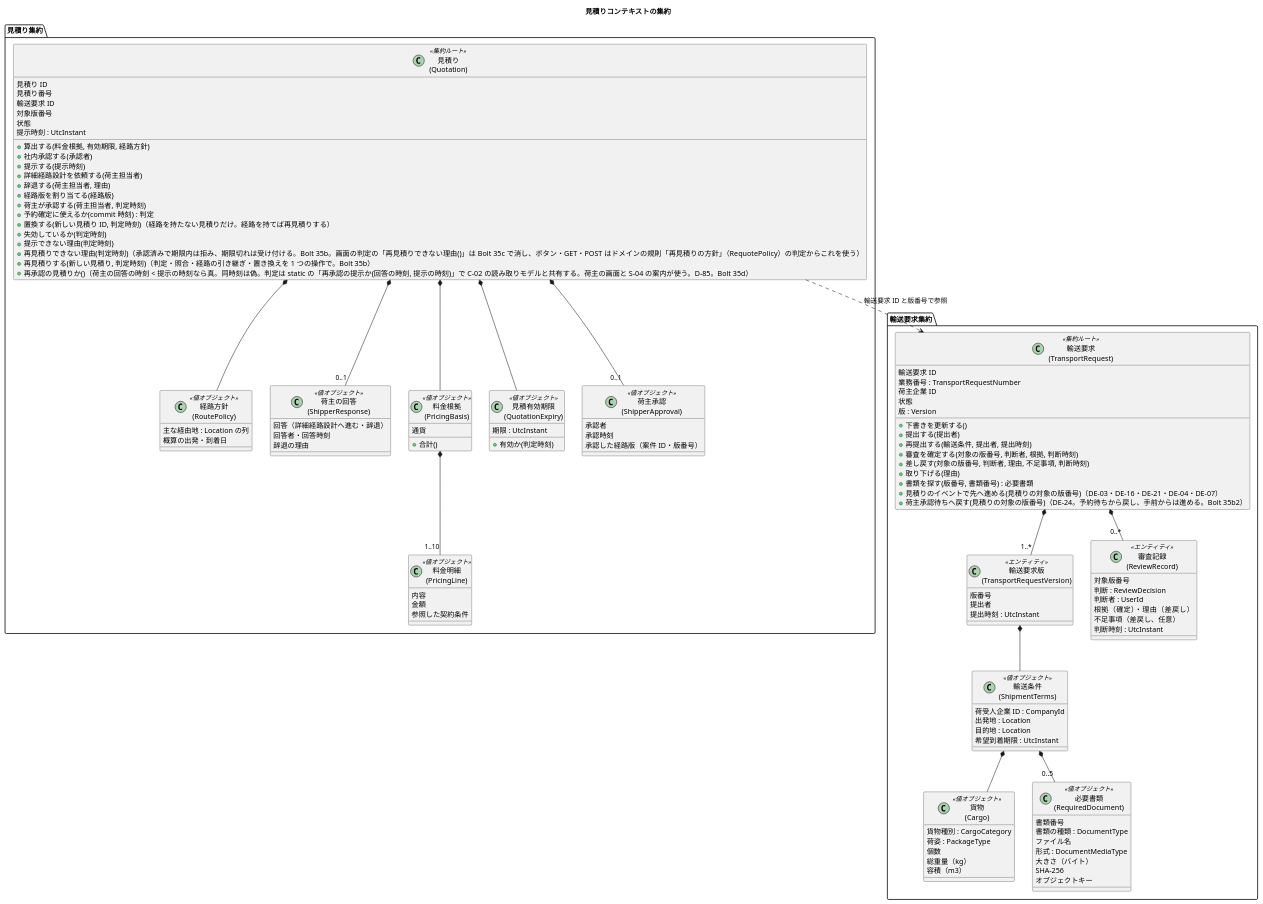
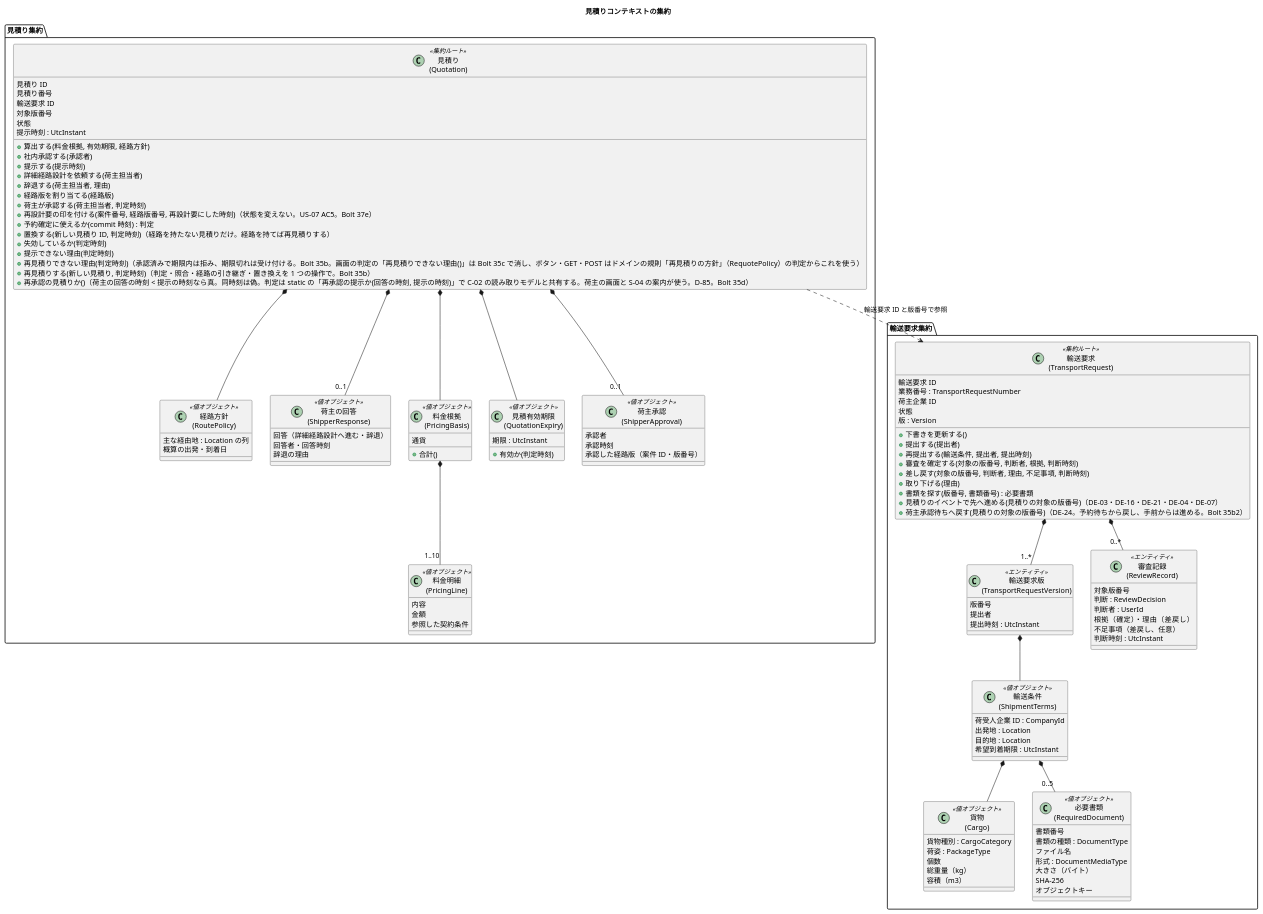
The third of 23 diagrams in docs/design/cargo-tracker/domain_model.md (k2works/practical-domain-driven-design-in-enterpris-application), drawn with PlantUML before and after one commit. The commit also changed other lines of this file and 8 other files, not shown here.

```diff
--- a/docs/design/cargo-tracker/domain_model.md
+++ b/docs/design/cargo-tracker/domain_model.md
@@ -420,6 +421,7 @@
     + 辞退する(荷主担当者, 理由)
     + 経路版を割り当てる(経路版)
     + 荷主が承認する(荷主担当者, 判定時刻)
+    + 再設計要の印を付ける(案件番号, 経路版番号, 再設計要にした時刻)（状態を変えない。US-07 AC5。Bolt 37e）
     + 予約確定に使えるか(commit 時刻) : 判定
     + 置換する(新しい見積り ID, 判定時刻)（経路を持たない見積りだけ。経路を持てば再見積りする）
     + 失効しているか(判定時刻)
```
